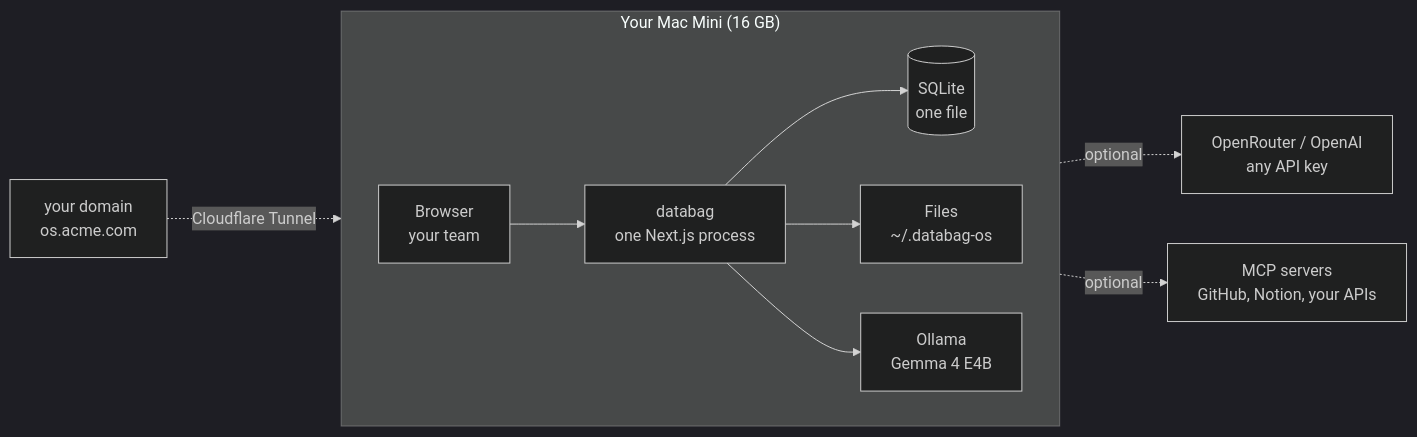
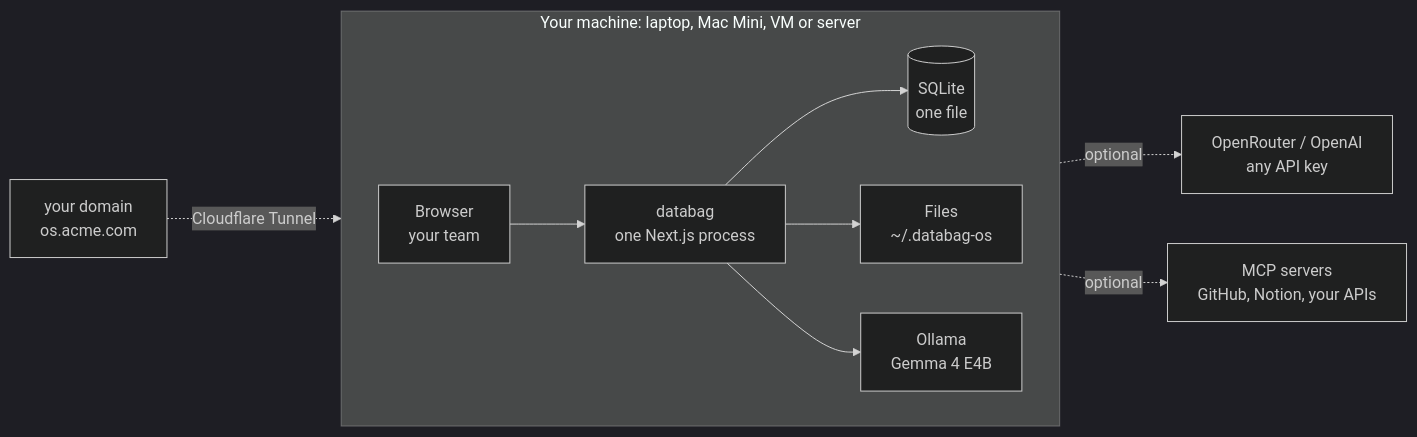
One commit to vinodkumarbhovi/databag-os changed the first of 2 diagrams in README.md. Above: the diagram before and after it, drawn with Mermaid (dark theme). The commit also changed other lines of this file and 19 other files, not shown here.

````diff
--- a/README.md
+++ b/README.md
@@ -40,13 +44,13 @@
 ```mermaid
 flowchart LR
-  subgraph Mac["Your Mac Mini (16 GB)"]
+  subgraph Mac["Your machine: laptop, Mac Mini, VM or server"]
     direction LR
     B["Browser<br/>your team"] --> N["databag<br/>one Next.js process"]
     N --> DB[("SQLite<br/>one file")]
     N --> F["Files<br/>~/.databag-os"]
     N --> O["Ollama<br/>Gemma 4 E4B"]
   end
   N -. optional .-> C["OpenRouter / OpenAI<br/>any API key"]
   N -. optional .-> M["MCP servers<br/>GitHub, Notion, your APIs"]
   D["your domain<br/>os.acme.com"] -. Cloudflare Tunnel .-> N
 ```
````
